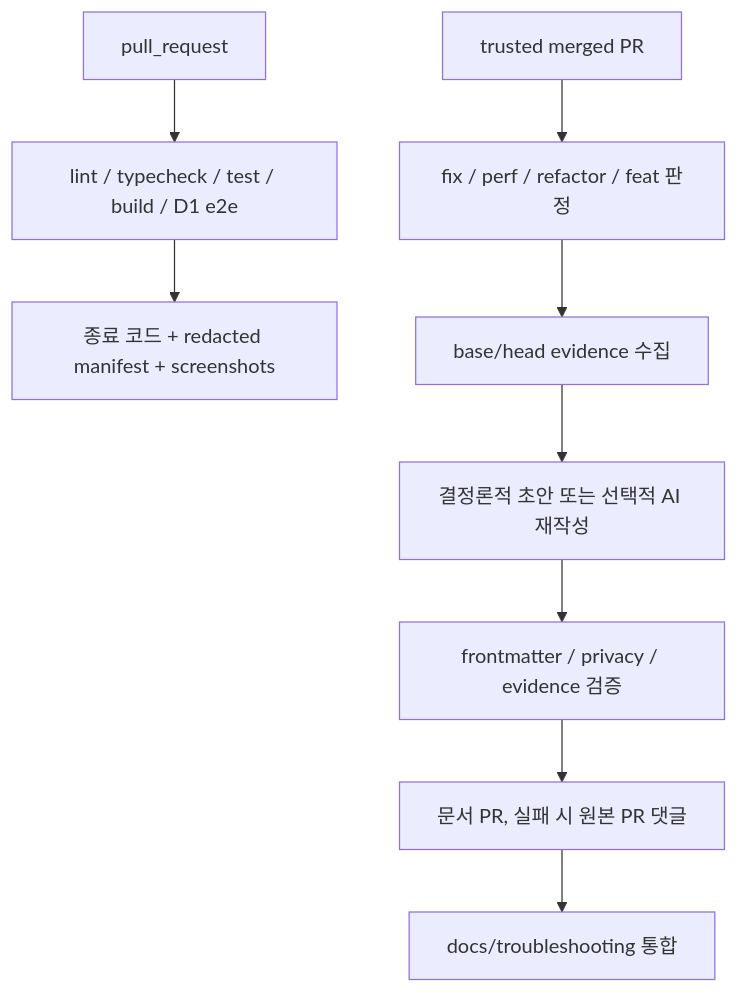
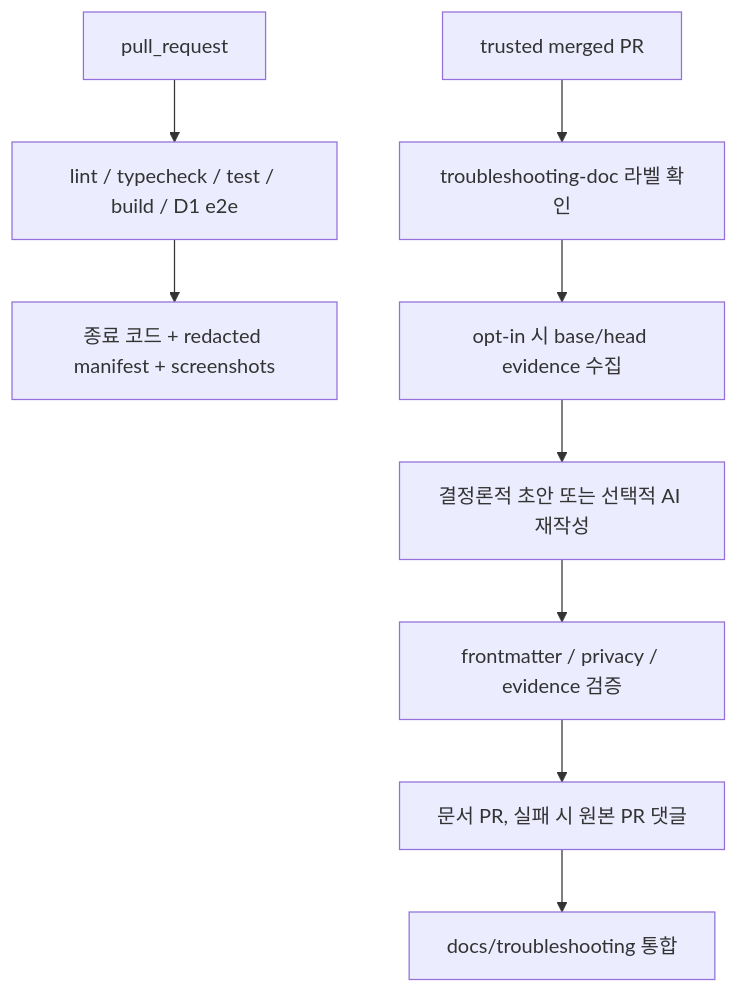
Before and after one commit to edder773/careerground: the diagram in docs/operations/troubleshooting-automation.md, drawn with Mermaid. The commit also changed other lines of this file and 5 other files, not shown here.

````diff
--- a/docs/operations/troubleshooting-automation.md
+++ b/docs/operations/troubleshooting-automation.md
@@ -5,11 +5,11 @@
 ```mermaid
 flowchart TD
   PR["pull_request"] --> CI["lint / typecheck / test / build / D1 e2e"]
   CI --> Evidence["종료 코드 + redacted manifest + screenshots"]
-  Merge["trusted merged PR"] --> Candidate["fix / perf / refactor / feat 판정"]
-  Candidate --> Collect["base/head evidence 수집"]
+  Merge["trusted merged PR"] --> Candidate["troubleshooting-doc 라벨 확인"]
+  Candidate --> Collect["opt-in 시 base/head evidence 수집"]
   Collect --> Generate["결정론적 초안 또는 선택적 AI 재작성"]
   Generate --> Validate["frontmatter / privacy / evidence 검증"]
   Validate --> Publish["문서 PR, 실패 시 원본 PR 댓글"]
   Publish --> Canonical["docs/troubleshooting 통합"]
 ```
````
